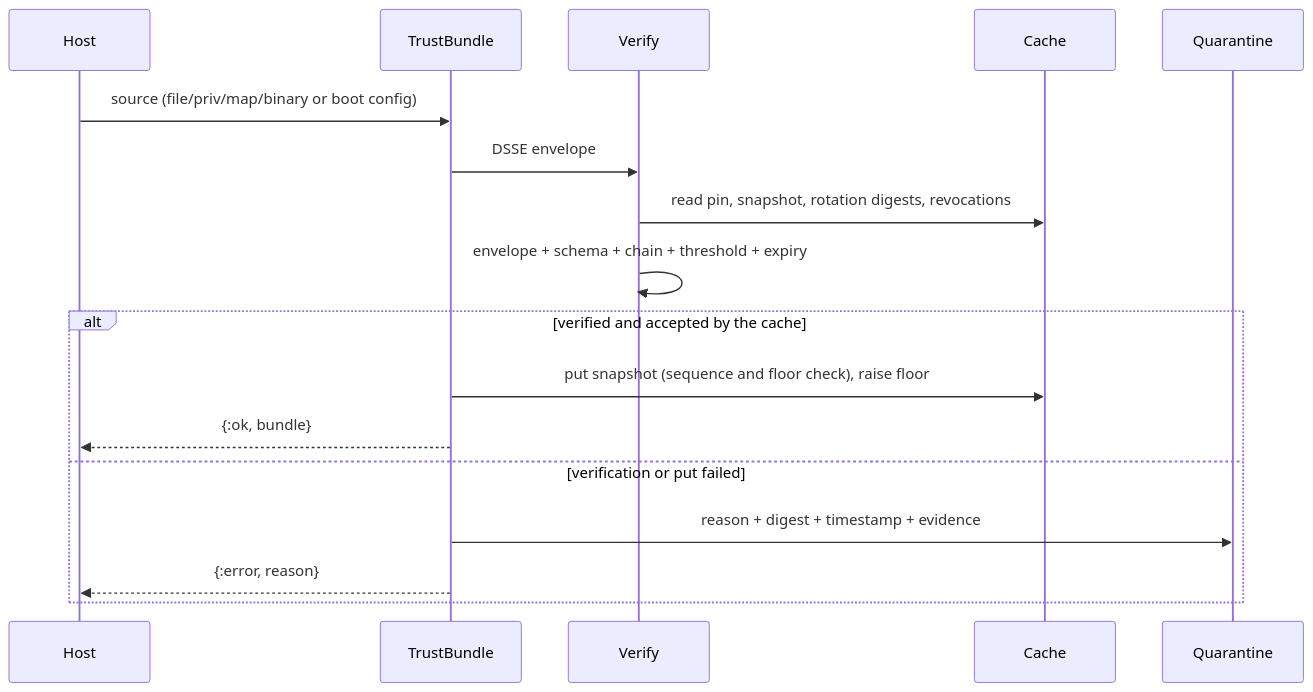
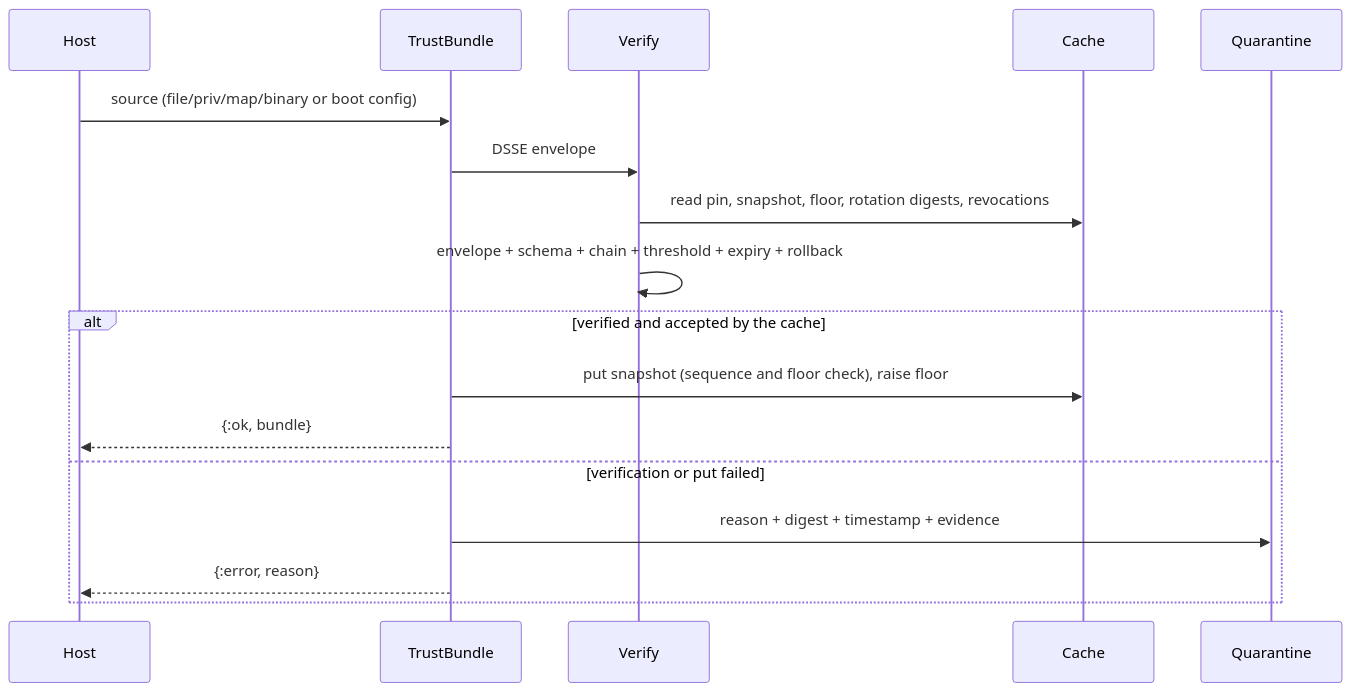
The diagram in docs/specs/SP.02-embedded-trust-bundles.md (refpath/sigil_guard), drawn with Mermaid before and after one commit. The commit also changed other lines of this file and 6 other files, not shown here.

Commit message:
fix(trust-bundle): check rollback in verify and enforce rotation floors

````diff
--- a/docs/specs/SP.02-embedded-trust-bundles.md
+++ b/docs/specs/SP.02-embedded-trust-bundles.md
@@ -57,20 +57,20 @@
 ```mermaid
 sequenceDiagram
     participant Host
     participant Loader as TrustBundle
     participant Verify
     participant Cache
     participant Quarantine
 
     Host->>Loader: source (file/priv/map/binary or boot config)
     Loader->>Verify: DSSE envelope
-    Verify->>Cache: read pin, snapshot, rotation digests, revocations
-    Verify->>Verify: envelope + schema + chain + threshold + expiry
+    Verify->>Cache: read pin, snapshot, floor, rotation digests, revocations
+    Verify->>Verify: envelope + schema + chain + threshold + expiry + rollback
     alt verified and accepted by the cache
         Loader->>Cache: put snapshot (sequence and floor check), raise floor
         Loader-->>Host: {:ok, bundle}
     else verification or put failed
         Loader->>Quarantine: reason + digest + timestamp + evidence
         Loader-->>Host: {:error, reason}
     end
 ```
````
